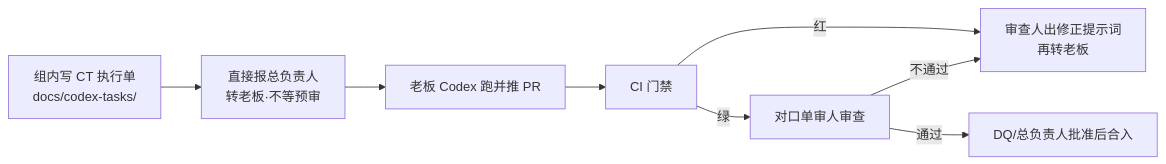
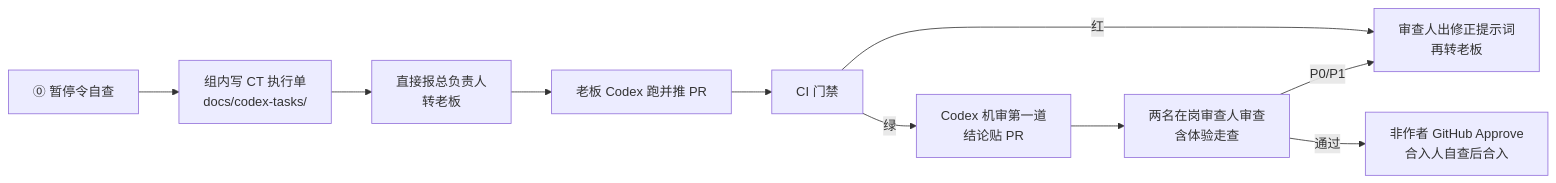
The diagram in docs/验收/梦擎审查门禁与分工流程.md (luofanghao9784/mengine-app), drawn with Mermaid before and after one commit. The commit also changed other lines of this file and 10 other files, not shown here.

First line of the commit message:
docs(codex-tasks): CT-007 审批流程整改（合入硬闸门/两人审/体验验收/周偏离检查/暂停令优先） (#25)

````diff
--- a/docs/验收/梦擎审查门禁与分工流程.md
+++ b/docs/验收/梦擎审查门禁与分工流程.md
@@ -116,10 +129,12 @@
 ```mermaid
 flowchart LR
-  A[组内写 CT 执行单<br/>docs/codex-tasks/] --> B[直接报总负责人<br/>转老板·不等预审]
+  Z[⓪ 暂停令自查] --> A[组内写 CT 执行单<br/>docs/codex-tasks/]
+  A --> B[直接报总负责人<br/>转老板]
   B --> C[老板 Codex 跑并推 PR]
   C --> D[CI 门禁]
   D -- 红 --> E[审查人出修正提示词<br/>再转老板]
-  D -- 绿 --> F[对口单审人审查]
-  F -- 不通过 --> E
-  F -- 通过 --> G[DQ/总负责人批准后合入]
+  D -- 绿 --> M[Codex 机审第一道<br/>结论贴 PR]
+  M --> F[两名在岗审查人审查<br/>含体验走查]
+  F -- P0/P1 --> E
+  F -- 通过 --> G[非作者 GitHub Approve<br/>合入人自查后合入]
 ```
````
